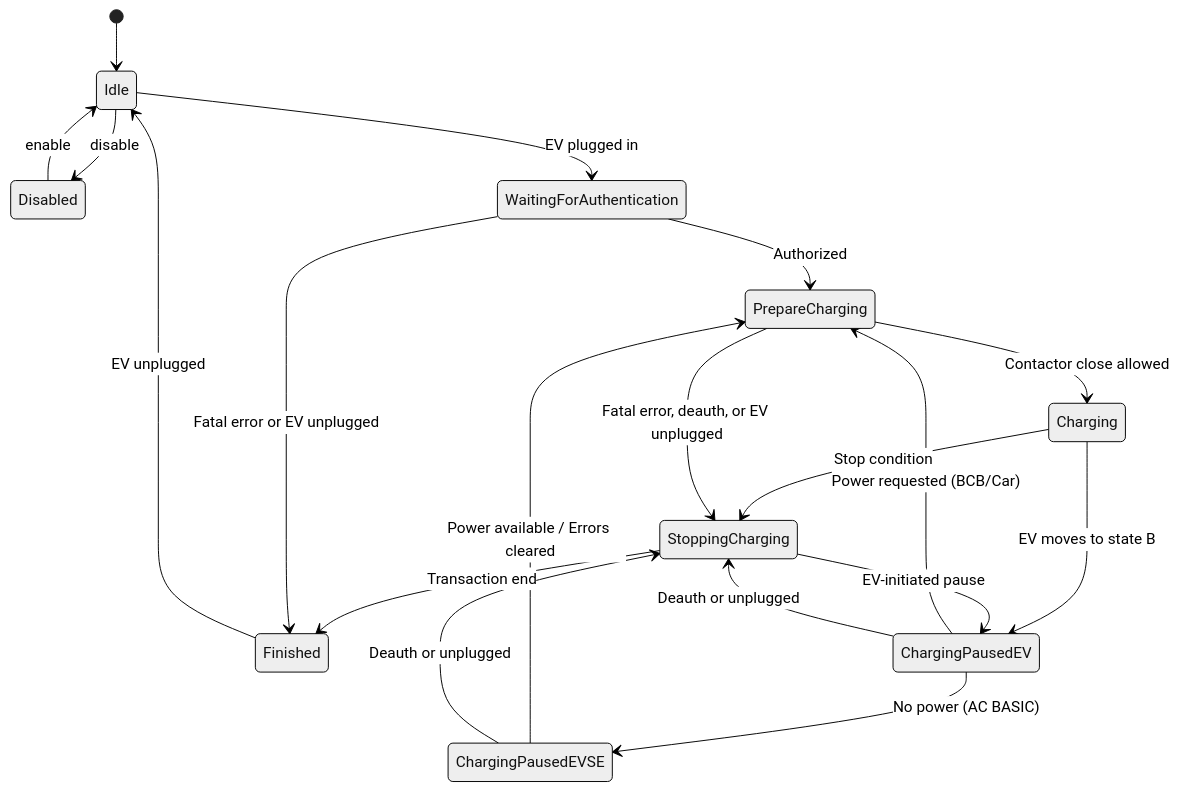
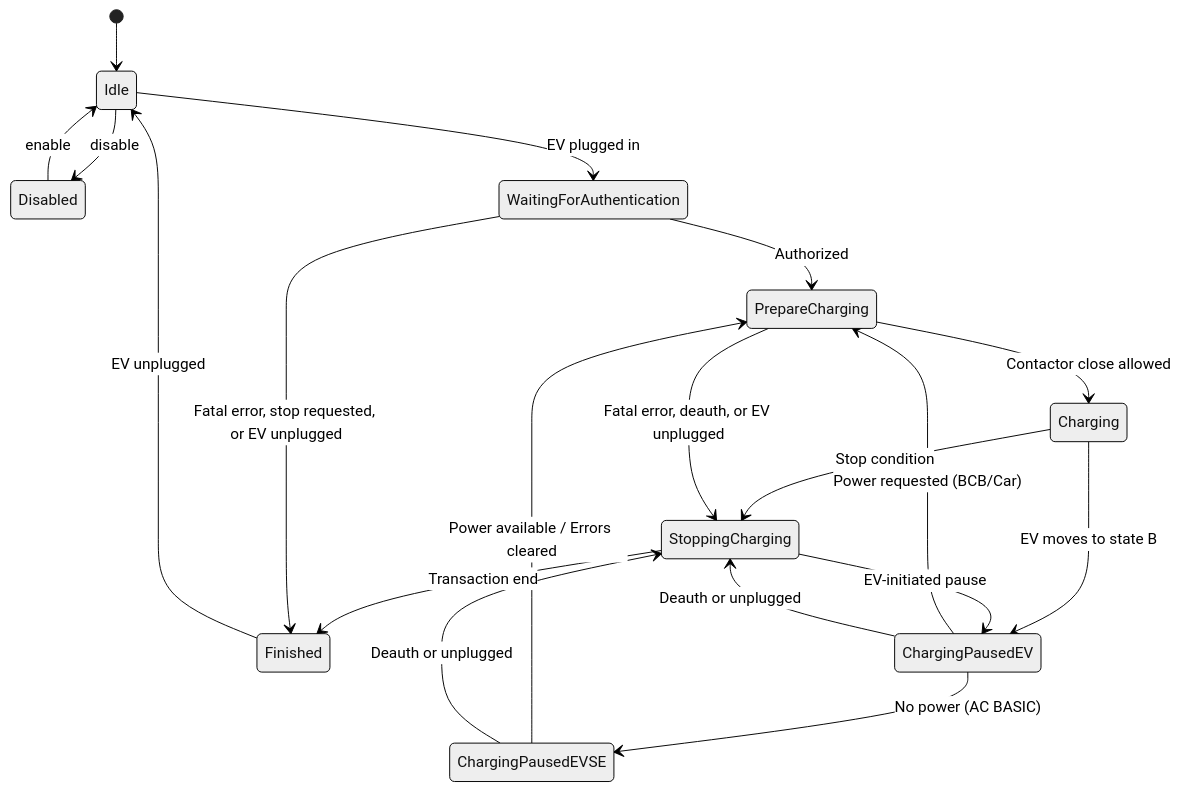
The diagram in modules/EVSE/EvseManager/docs/index.rst (EVerest/EVerest), drawn with Mermaid (neutral theme) before and after one commit. The commit also changed other lines of this file and 1 other file, not shown here.

Commit message:
fix(EvseManager): stop the auth loop on a BSP/external stop request
cancel_transaction() was a no-op unless flag_transaction_active was
already true, so a stop request arriving while WaitingForAuthentication
(EIM/PnC not yet authorized) was silently dropped: it never told the
HLC stack to abort and never advanced the state machine, leaving the
auth loop and ISO 15118 session running. Mirror what
deauthorize_internal() already does for a plug-in timeout: signal
signal_hlc_plug_in_timeout() and route WaitingForAuthentication to
Finished via flag_externally_cancelled, the same way
flag_disable_requested already does.

Claude-Session: https://claude.ai/code/session_01PZ3ifAJiQCWKegbgSDGuBK

```diff
--- a/modules/EVSE/EvseManager/docs/index.rst
+++ b/modules/EVSE/EvseManager/docs/index.rst
@@ -108,34 +108,34 @@
 .. mermaid::
 
    stateDiagram-v2
        direction TB
 
        [*] --> Idle
 
        %% Enable / Disable
        Idle --> Disabled : disable
        Disabled --> Idle : enable
 
        %% Happy path
        Idle --> WaitingForAuthentication : EV plugged in
        WaitingForAuthentication --> PrepareCharging : Authorized
        PrepareCharging --> Charging : Contactor close allowed
        Charging --> StoppingCharging : Stop condition
        StoppingCharging --> Finished : Transaction end
        Finished --> Idle : EV unplugged
 
        %% Early exit / Errors
-       WaitingForAuthentication --> Finished : Fatal error or EV unplugged
+       WaitingForAuthentication --> Finished : Fatal error, stop requested, or EV unplugged
        PrepareCharging --> StoppingCharging : Fatal error, deauth, or EV unplugged
 
        %% Pauses
        Charging --> ChargingPausedEV : EV moves to state B
        ChargingPausedEV --> PrepareCharging : Power requested (BCB/Car)
        ChargingPausedEV --> ChargingPausedEVSE : No power (AC BASIC)
        ChargingPausedEV --> StoppingCharging : Deauth or unplugged
        
        ChargingPausedEVSE --> PrepareCharging : Power available / Errors cleared
        ChargingPausedEVSE --> StoppingCharging : Deauth or unplugged
 
        %% Post-Stop logic
        StoppingCharging --> ChargingPausedEV : EV-initiated pause
```
